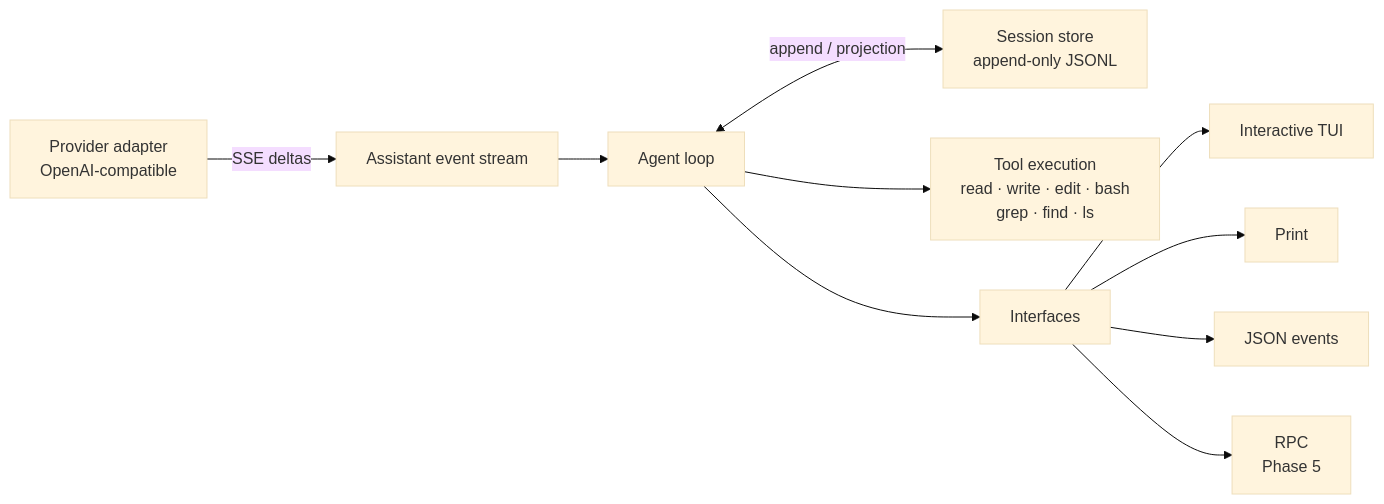
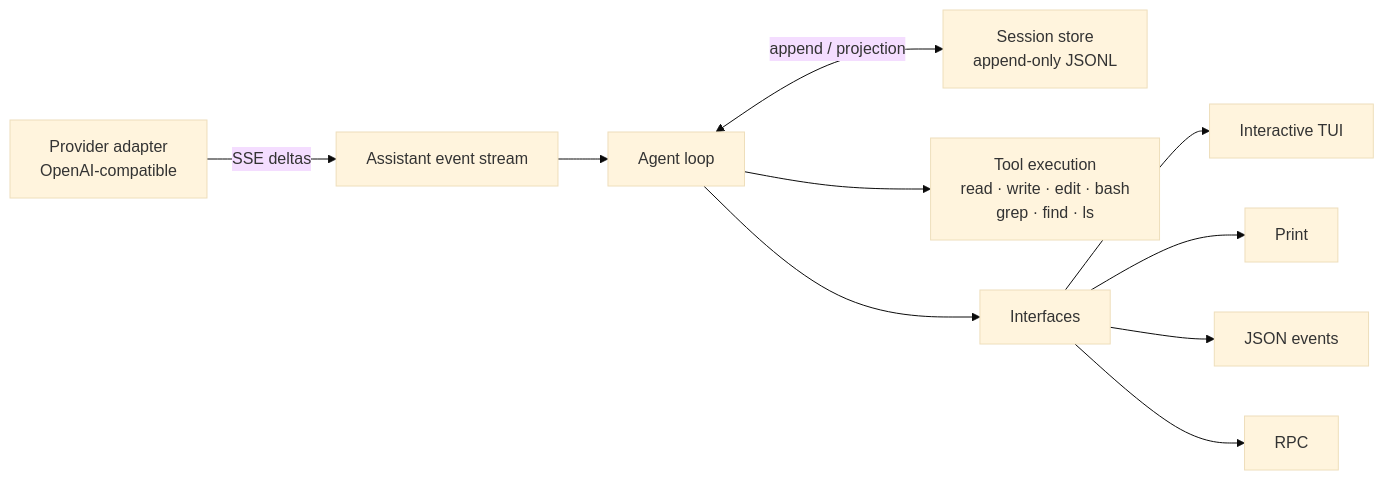
Before and after one commit to amardeepio/codie: the first of 2 diagrams in README.md, drawn with Mermaid (base theme). The commit also changed other lines of this file and 46 other files, not shown here.

First line of the commit message:
feat: implement Phase 5 — RPC, schemas, export, and polish

````diff
--- a/README.md
+++ b/README.md
@@ -51,12 +53,12 @@
 ```mermaid
 flowchart LR
     P["Provider adapter<br/>OpenAI-compatible"] -->|"SSE deltas"| S["Assistant event stream"]
     S --> L["Agent loop"]
     L <-->|"append / projection"| DB["Session store<br/>append-only JSONL"]
     L --> T["Tool execution<br/>read · write · edit · bash<br/>grep · find · ls"]
     L --> M["Interfaces"]
     M --> I["Interactive TUI"]
     M --> P1["Print"]
     M --> J["JSON events"]
-    M --> R["RPC<br/>Phase 5"]
+    M --> R["RPC"]
 ```
````
